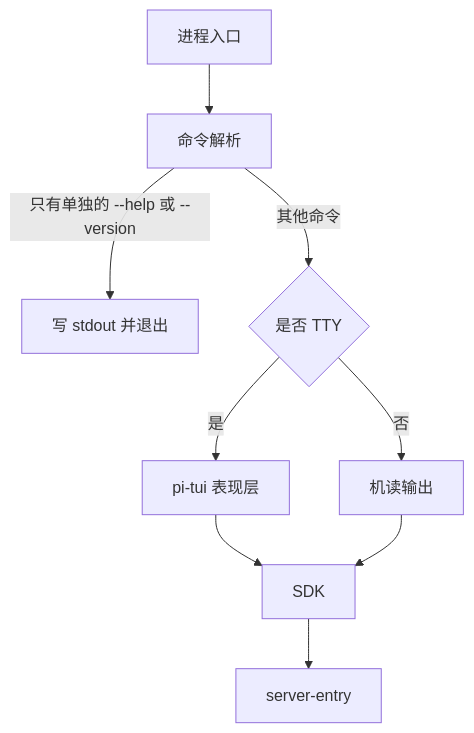
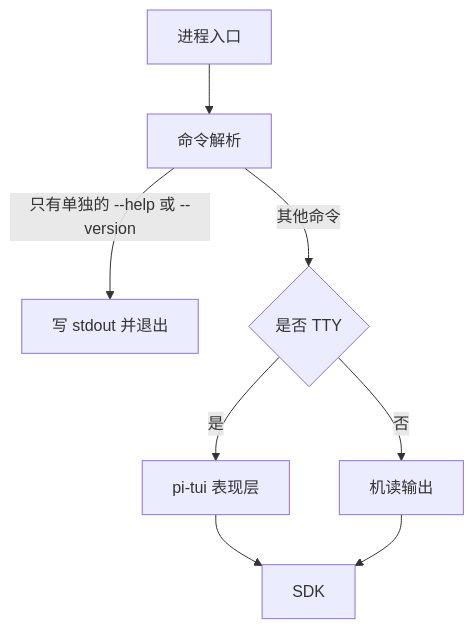
One commit to nemori-ai/omne-harness-lite changed the diagram in apps/README.md. Above: the diagram before and after it, drawn with Mermaid. The commit also changed 1 other file, not shown here.

Commit message:
docs: 去掉 SDK 到 server-entry 的依赖箭头
后续实现若照着应用说明里的图接线，会把 SDK 导入服务端接入。图改为 CLI 只进入 SDK，两边都不导入 server-entry。

Harness: cursor
Agent-Role: main

````diff
--- a/apps/README.md
+++ b/apps/README.md
@@ -21,13 +21,12 @@
 ```mermaid
 flowchart TD
   entry["进程入口"]
   parse["命令解析"]
   entry --> parse
   parse -->|"只有单独的 --help 或 --version"| stdout["写 stdout 并退出"]
   parse -->|"其他命令"| branch{"是否 TTY"}
   branch -->|"是"| tui["pi-tui 表现层"]
   branch -->|"否"| machine["机读输出"]
   tui --> sdkUse["SDK"]
   machine --> sdkUse
-  sdkUse --> serverUse["server-entry"]
 ```
````
